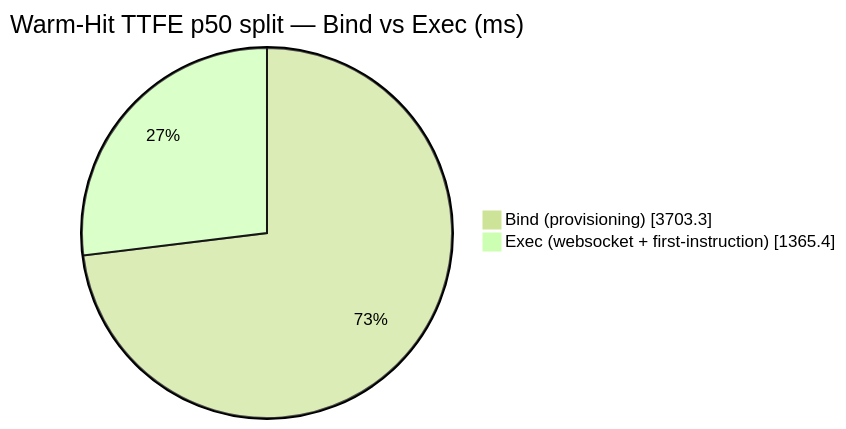
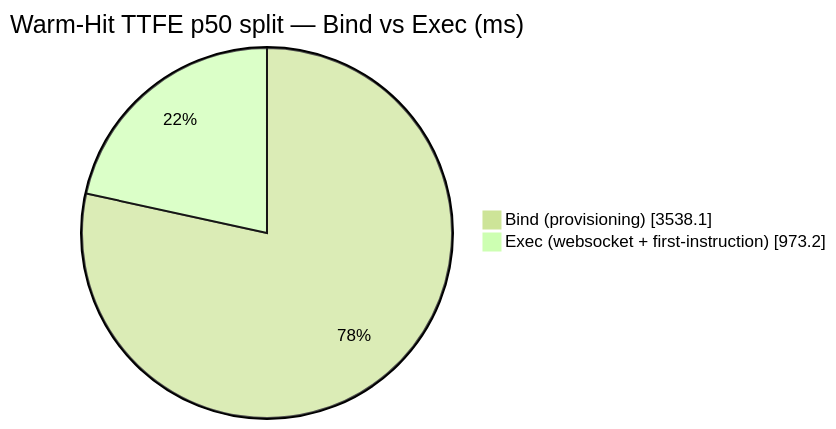
One commit to AlexBulankou/honest-bench changed the diagram in DETAILS.md. Above: the diagram before and after it, drawn with Mermaid (forest theme). The commit also changed other lines of this file and 4 other files, not shown here.

````diff
--- a/DETAILS.md
+++ b/DETAILS.md
@@ -97,6 +98,6 @@
 ```mermaid
 pie showData
     title Warm-Hit TTFE p50 split — Bind vs Exec (ms)
-    "Bind (provisioning)" : 3703.3
-    "Exec (websocket + first-instruction)" : 1365.4
+    "Bind (provisioning)" : 3538.1
+    "Exec (websocket + first-instruction)" : 973.2
 ```
````
